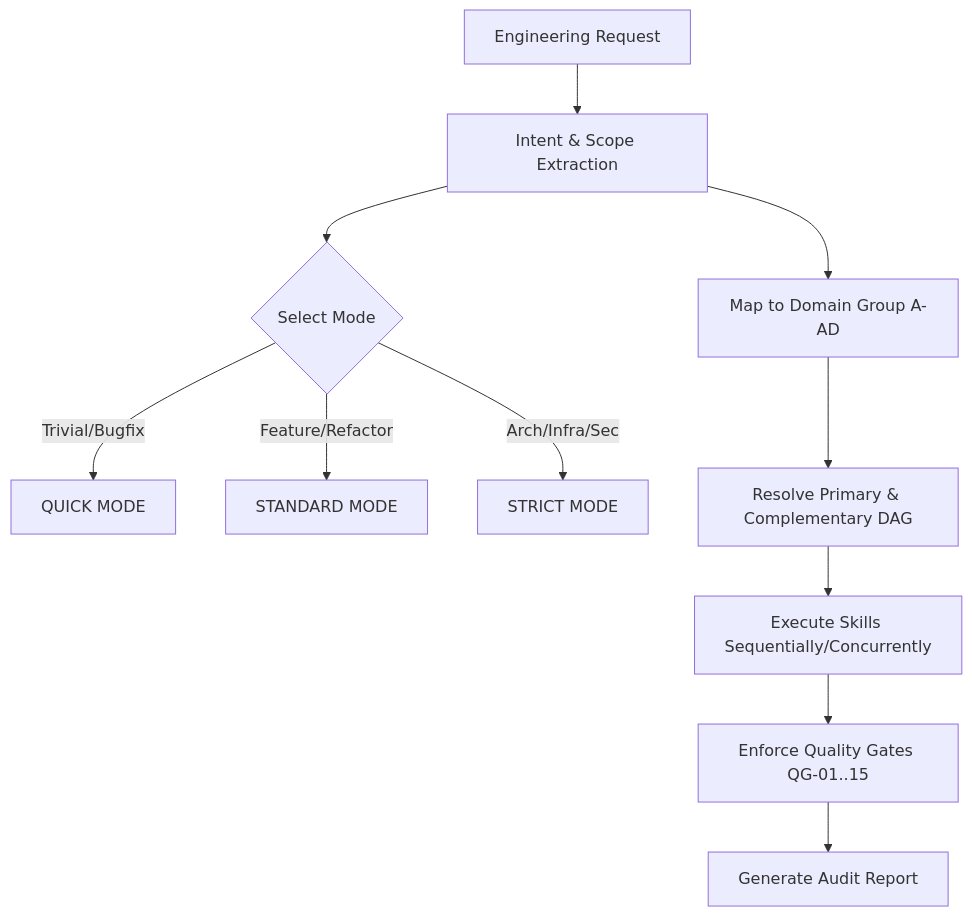
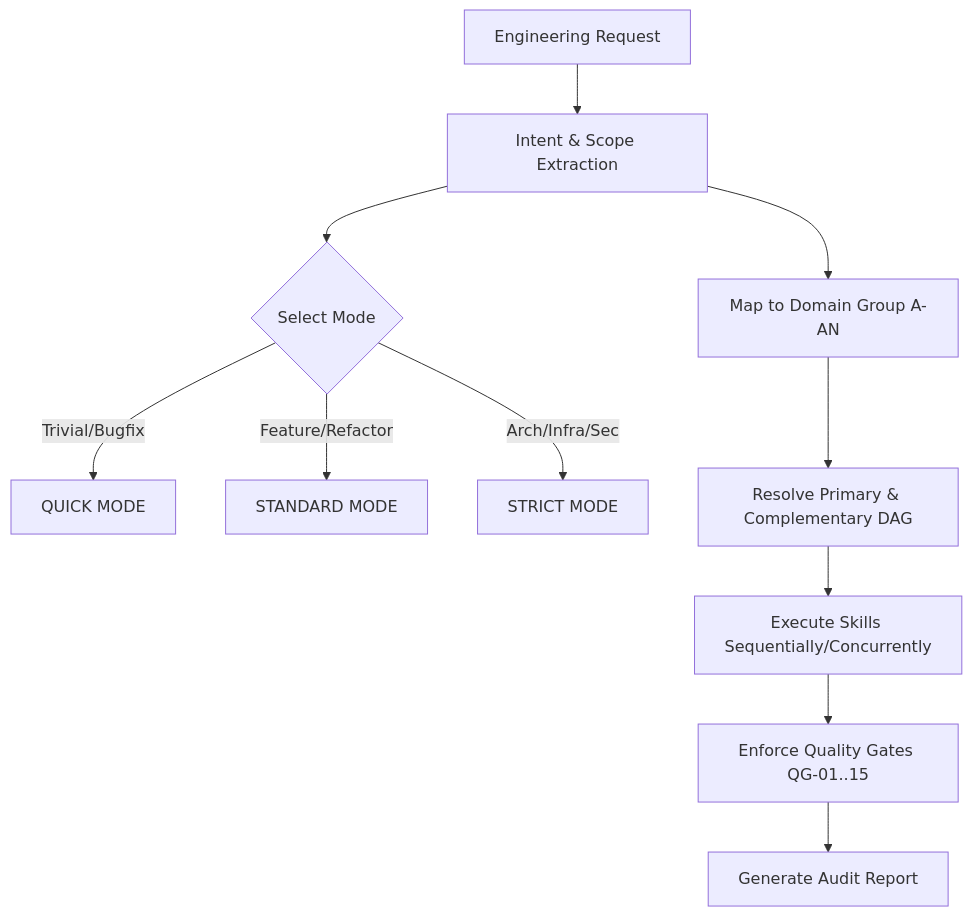
One commit to nguyenducanhst2022-png/dex-engineering-skills changed the diagram in ROUTING_MATRIX.md. Above: the diagram before and after it, drawn with Mermaid. The commit also changed other lines of this file and 13 other files, not shown here.

````diff
--- a/ROUTING_MATRIX.md
+++ b/ROUTING_MATRIX.md
@@ -12,14 +12,14 @@
 ```mermaid
 graph TD
     Prompt[Engineering Request] --> Intent[Intent & Scope Extraction]
     Intent --> SelectMode{Select Mode}
     SelectMode -->|Trivial/Bugfix| QUICK[QUICK MODE]
     SelectMode -->|Feature/Refactor| STANDARD[STANDARD MODE]
     SelectMode -->|Arch/Infra/Sec| STRICT[STRICT MODE]
     
-    Intent --> MapGroup[Map to Domain Group A-AD]
+    Intent --> MapGroup[Map to Domain Group A-AN]
     MapGroup --> ResolveDAG[Resolve Primary & Complementary DAG]
     ResolveDAG --> ExecuteChain[Execute Skills Sequentially/Concurrently]
     ExecuteChain --> EnforceGates[Enforce Quality Gates QG-01..15]
     EnforceGates --> Report[Generate Audit Report]
 ```
````
